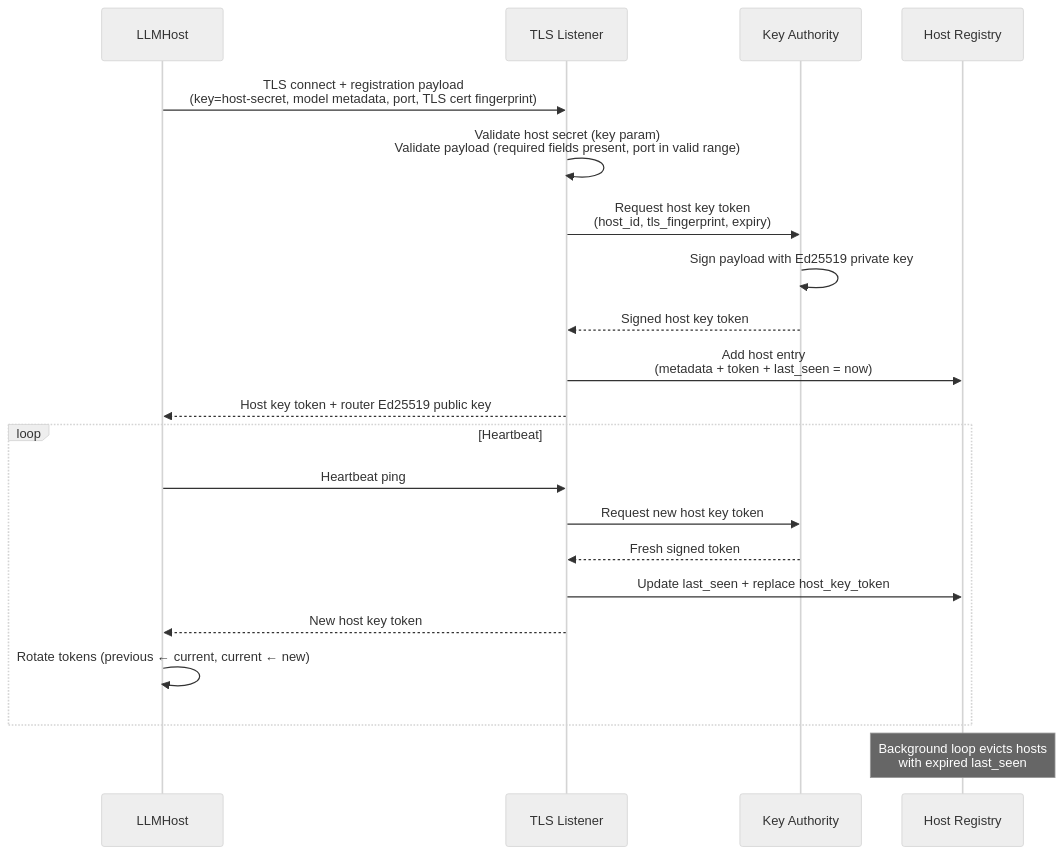
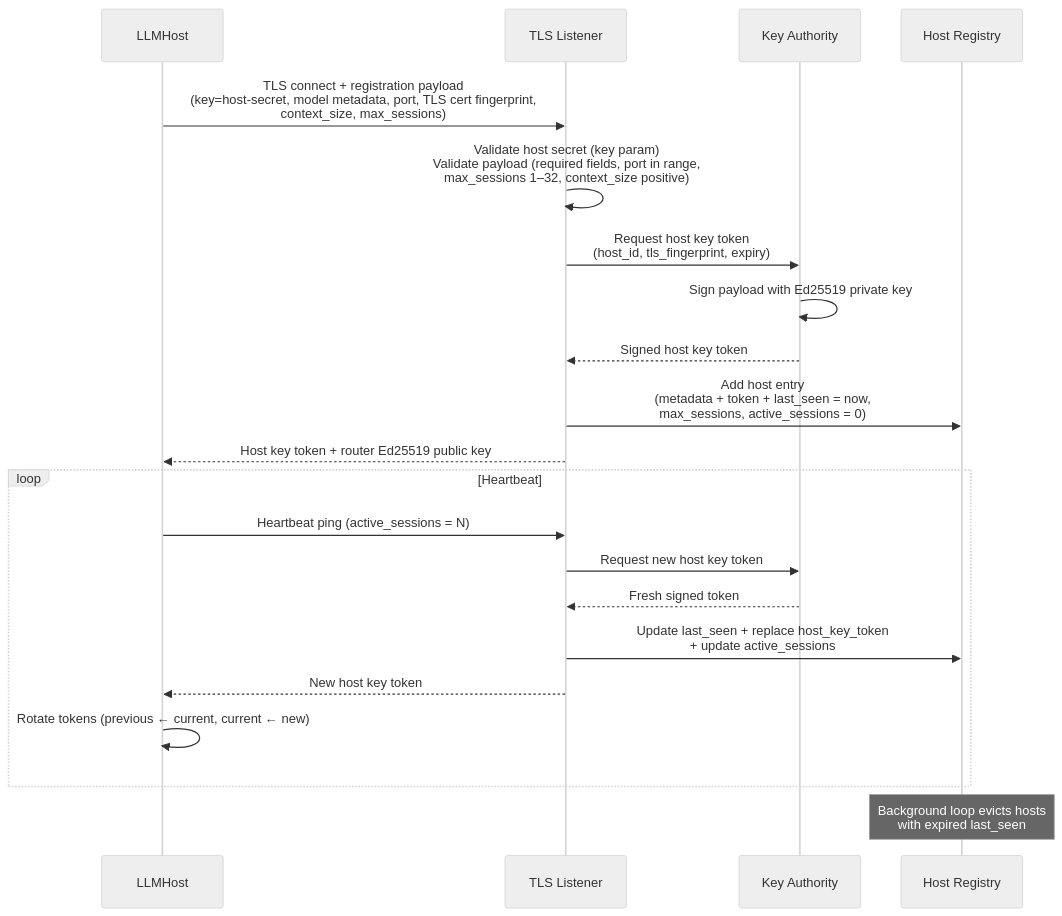
Before and after one commit to MartijnLammaing/ShareGrid: the second of 4 diagrams in docs/architecture_llmrouter.md, drawn with Mermaid (neutral theme). The commit also changed other lines of this file and 8 other files, not shown here.

Commit message:
docs: add Phase 3 architecture updates and implementation plans (#21)

````diff
--- a/docs/architecture_llmrouter.md
+++ b/docs/architecture_llmrouter.md
@@ -96,26 +99,26 @@
 ```mermaid
 sequenceDiagram
     participant H as LLMHost
     participant TLS as TLS Listener
     participant KA as Key Authority
     participant HR as Host Registry
 
-    H->>TLS: TLS connect + registration payload<br/>(key=host-secret, model metadata, port, TLS cert fingerprint)
-    TLS->>TLS: Validate host secret (key param)<br/>Validate payload (required fields present, port in valid range)
+    H->>TLS: TLS connect + registration payload<br/>(key=host-secret, model metadata, port, TLS cert fingerprint,<br/>context_size, max_sessions)
+    TLS->>TLS: Validate host secret (key param)<br/>Validate payload (required fields, port in range,<br/>max_sessions 1–32, context_size positive)
     TLS->>KA: Request host key token<br/>(host_id, tls_fingerprint, expiry)
     KA->>KA: Sign payload with Ed25519 private key
     KA-->>TLS: Signed host key token
-    TLS->>HR: Add host entry<br/>(metadata + token + last_seen = now)
+    TLS->>HR: Add host entry<br/>(metadata + token + last_seen = now,<br/>max_sessions, active_sessions = 0)
     TLS-->>H: Host key token + router Ed25519 public key
 
     loop Heartbeat
-        H->>TLS: Heartbeat ping
+        H->>TLS: Heartbeat ping (active_sessions = N)
         TLS->>KA: Request new host key token
         KA-->>TLS: Fresh signed token
-        TLS->>HR: Update last_seen + replace host_key_token
+        TLS->>HR: Update last_seen + replace host_key_token<br/>+ update active_sessions
         TLS-->>H: New host key token
         H->>H: Rotate tokens (previous ← current, current ← new)
     end
 
     Note over HR: Background loop evicts hosts<br/>with expired last_seen
 ```
````
